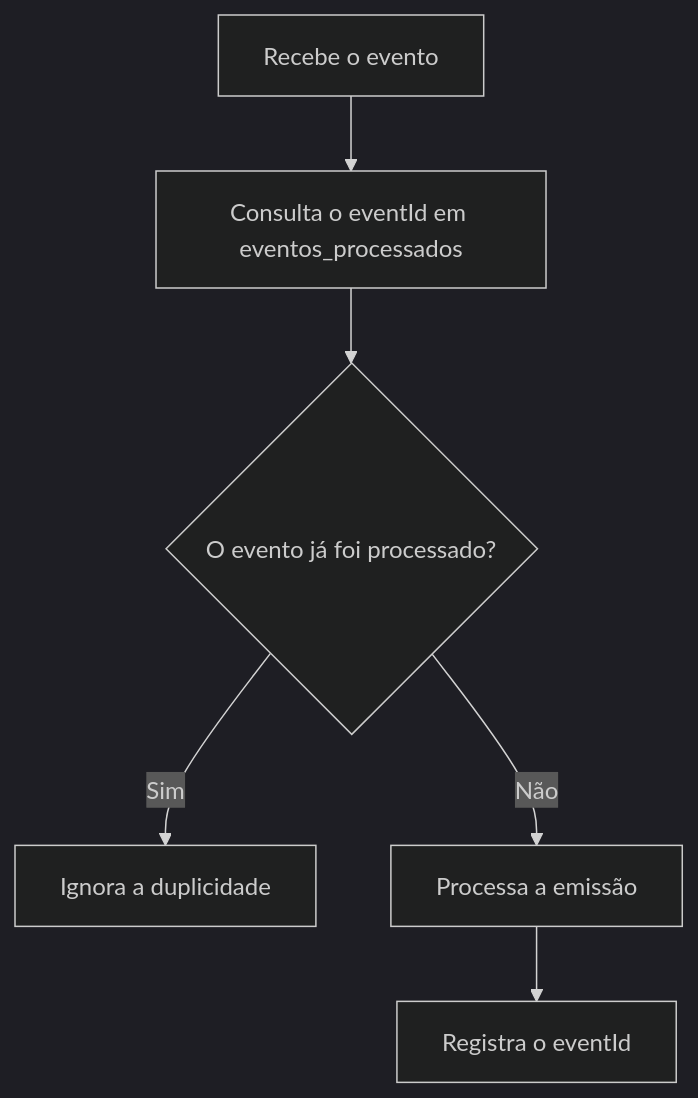
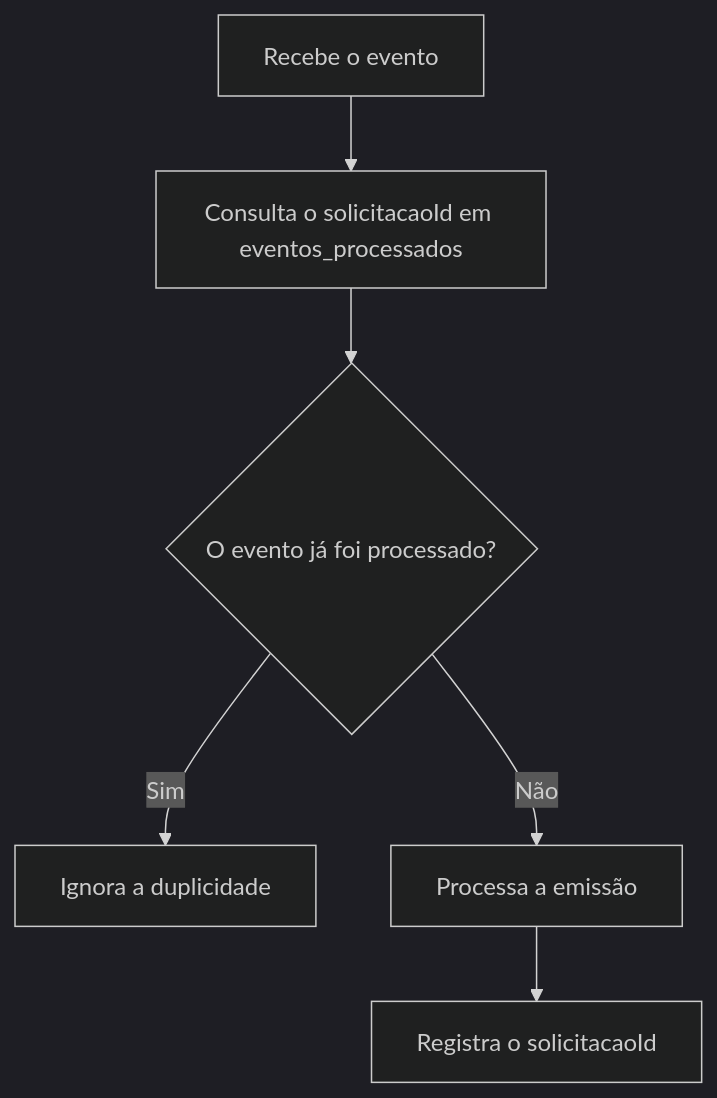
The fourth of 5 diagrams in projeto-final-contratacao-cartao.md (projeto-caixa-ada/gerador-cartao), drawn with Mermaid (dark theme) before and after one commit. The commit also changed other lines of this file and 35 other files, not shown here.

````diff
--- a/projeto-final-contratacao-cartao.md
+++ b/projeto-final-contratacao-cartao.md
@@ -204,8 +203,8 @@
 ```mermaid
 flowchart TD
-    A[Recebe o evento] --> B[Consulta o eventId em eventos_processados]
+    A[Recebe o evento] --> B[Consulta o solicitacaoId em eventos_processados]
     B --> C{O evento já foi processado?}
     C -- Sim --> D[Ignora a duplicidade]
     C -- Não --> E[Processa a emissão]
-    E --> F[Registra o eventId]
+    E --> F[Registra o solicitacaoId]
 ```
````
